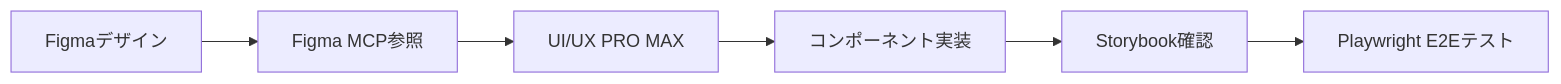
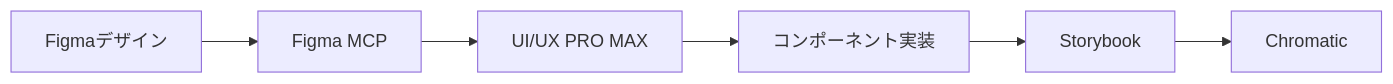
The diagram in articles/claude-code-frontend-uiux-setup.md (BoxPistols/zenn-content), drawn with Mermaid before and after one commit. The commit also changed other lines of this file, not shown here.

First line of the commit message:
Enhance article with team sharing tips, detailed MCP setup, and workflows

````diff
--- a/articles/claude-code-frontend-uiux-setup.md
+++ b/articles/claude-code-frontend-uiux-setup.md
@@ -289,8 +372,8 @@
 ```mermaid
 graph LR
-    A[Figmaデザイン] --> B[Figma MCP参照]
+    A[Figmaデザイン] --> B[Figma MCP]
     B --> C[UI/UX PRO MAX]
     C --> D[コンポーネント実装]
-    D --> E[Storybook確認]
-    E --> F[Playwright E2Eテスト]
+    D --> E[Storybook]
+    E --> F[Chromatic]
 ```
````
